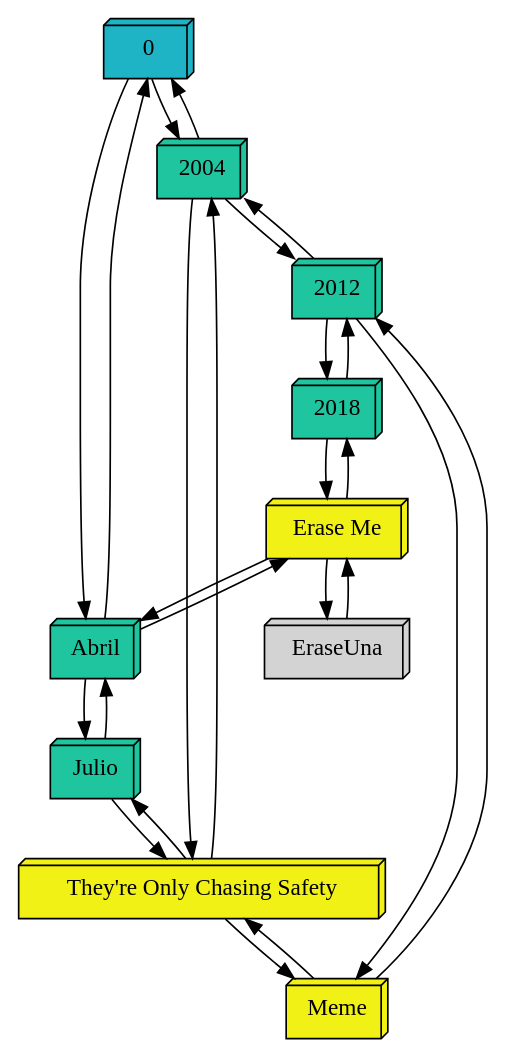
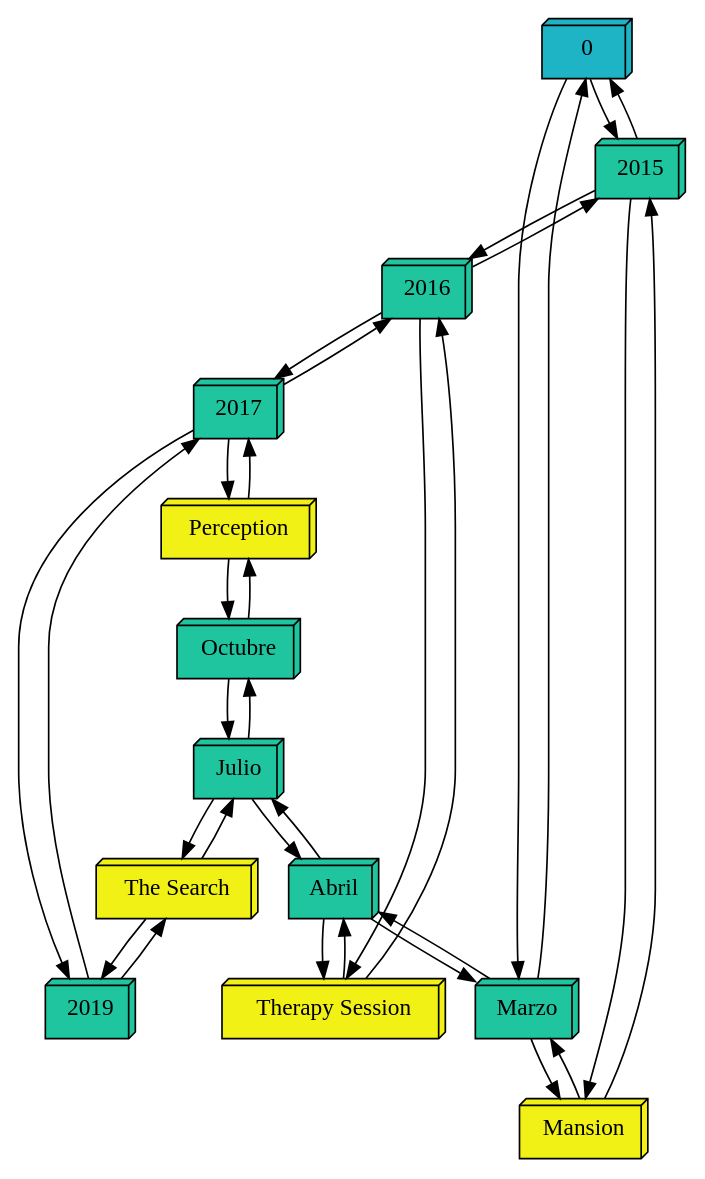
The diagram in Project2/Project2/graficaMatriz.dot (adminDG1/EDD_DIC_2019_PY1_201612106), drawn with Graphviz before and after one commit. The commit also changed 19 other files, not shown here.

```diff
--- a/Project2/Project2/graficaMatriz.dot
+++ b/Project2/Project2/graficaMatriz.dot
@@ -1,37 +1,49 @@
 digraph { 
 node[shape=box3d, style=filled ]; 
 0[fillcolor="#1EB3C5" pos=" 0,0!"];
-0->2004; 
-0->Abril; 
+0->2015; 
+0->Marzo; 
+Marzo[fillcolor="#1EC59E" pos=" 0,-3!"];
+Marzo->0; 
+Marzo->"Mansion"; 
+Marzo->Abril; 
 Abril[fillcolor="#1EC59E" pos=" 0,-4!"];
-Abril->0; 
-Abril->"Erase Me"; 
+Abril->Marzo; 
+Abril->"Therapy Session"; 
 Abril->Julio; 
 Julio[fillcolor="#1EC59E" pos=" 0,-7!"];
 Julio->Abril; 
-Julio->"They're Only Chasing Safety"; 
-2004[fillcolor="#1EC59E" pos=" 1,0!"];
-2004->0; 
-2004->2012; 
-2004->"They're Only Chasing Safety"; 
-"They're Only Chasing Safety"[fillcolor="#F1F116" pos=" 1,-7!"];
-"They're Only Chasing Safety"->2004; 
-"They're Only Chasing Safety"->Julio; 
-"They're Only Chasing Safety"->"Meme"; 
-2012[fillcolor="#1EC59E" pos=" 2,0!"];
-2012->2004; 
-2012->2018; 
-2012->"Meme"; 
-"Meme"[fillcolor="#F1F116" pos=" 2,-7!"];
-"Meme"->2012; 
-"Meme"->"They're Only Chasing Safety"; 
-2018[fillcolor="#1EC59E" pos=" 3,0!"];
-2018->2012; 
-2018->"Erase Me"; 
-"Erase Me"[fillcolor="#F1F116" pos=" 3,-4!"];
-"Erase Me"->2018; 
-"Erase Me"->Abril; 
-"Erase Me"->"EraseUna"; 
-"EraseUna"->"Erase Me"; 
+Julio->"The Search"; 
+Julio->Octubre; 
+Octubre[fillcolor="#1EC59E" pos=" 0,-10!"];
+Octubre->Julio; 
+Octubre->"Perception"; 
+2015[fillcolor="#1EC59E" pos=" 1,0!"];
+2015->0; 
+2015->2016; 
+2015->"Mansion"; 
+"Mansion"[fillcolor="#F1F116" pos=" 1,-3!"];
+"Mansion"->2015; 
+"Mansion"->Marzo; 
+2016[fillcolor="#1EC59E" pos=" 2,0!"];
+2016->2015; 
+2016->2017; 
+2016->"Therapy Session"; 
+"Therapy Session"[fillcolor="#F1F116" pos=" 2,-4!"];
+"Therapy Session"->2016; 
+"Therapy Session"->Abril; 
+2017[fillcolor="#1EC59E" pos=" 3,0!"];
+2017->2016; 
+2017->2019; 
+2017->"Perception"; 
+"Perception"[fillcolor="#F1F116" pos=" 3,-10!"];
+"Perception"->2017; 
+"Perception"->Octubre; 
+2019[fillcolor="#1EC59E" pos=" 4,0!"];
+2019->2017; 
+2019->"The Search"; 
+"The Search"[fillcolor="#F1F116" pos=" 4,-7!"];
+"The Search"->2019; 
+"The Search"->Julio; 
 
 }
```
